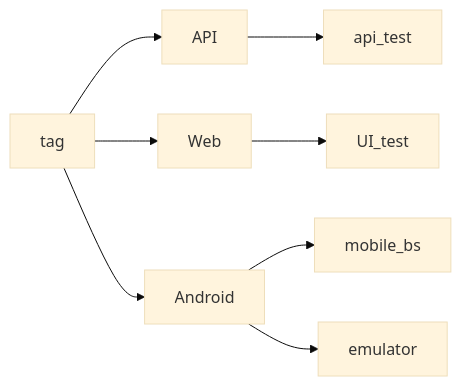
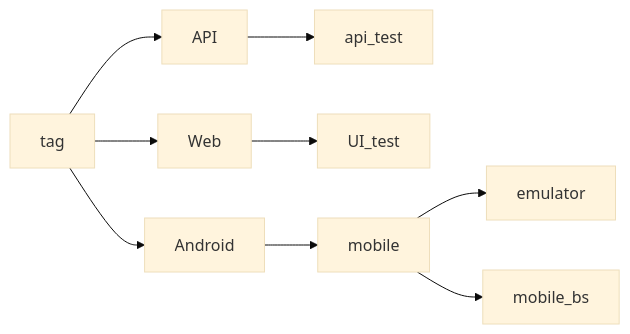
The diagram in README.md (JennyNdbn/webinar-tests-final-project), drawn with Mermaid (base theme) before and after one commit.

Commit message:
updated mermaid readme

````diff
--- a/README.md
+++ b/README.md
@@ -150,10 +150,11 @@
 ```mermaid
 graph LR
 A[tag] --> B[API]
 A --> C[Web]
 A --> D[Android]
 B --> K[api_test]
 C --> E[UI_test]
-D --> G[mobile_bs]
-D --> H[emulator]
+D --> G[mobile]
+G --> H[emulator]
+G --> F[mobile_bs]
 ```
````
